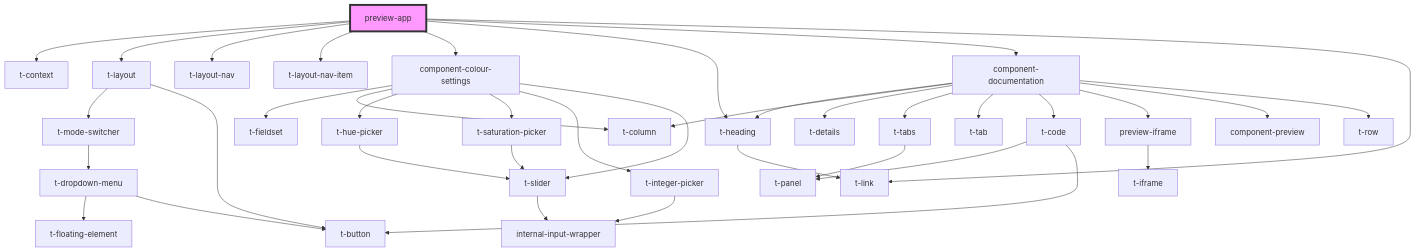
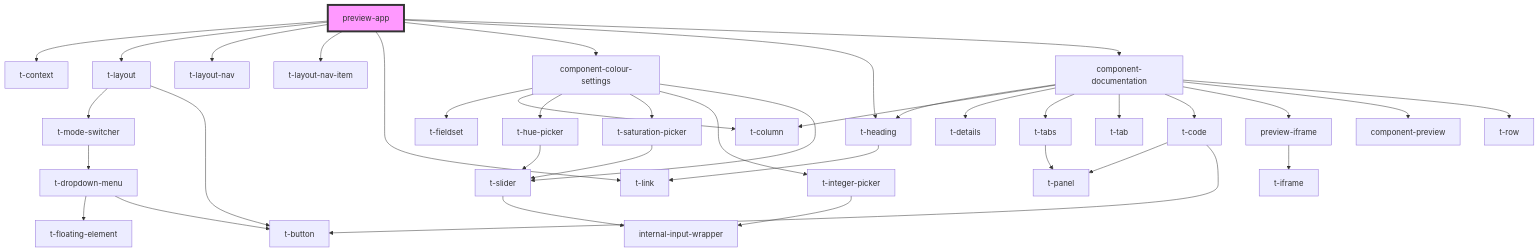
One commit to TomasEng/web-components changed the diagram in packages/t-web-components/src/preview-app/readme.md. Above: the diagram before and after it, drawn with Mermaid. The commit also changed other lines of this file and 16 other files, not shown here.

````diff
--- a/packages/t-web-components/src/preview-app/readme.md
+++ b/packages/t-web-components/src/preview-app/readme.md
@@ -22,41 +22,41 @@
 ```mermaid
 graph TD;
   preview-app --> t-context
   preview-app --> t-layout
   preview-app --> t-layout-nav
   preview-app --> t-layout-nav-item
+  preview-app --> t-link
   preview-app --> component-colour-settings
   preview-app --> t-heading
   preview-app --> component-documentation
-  preview-app --> t-link
   t-layout --> t-mode-switcher
   t-layout --> t-button
   t-mode-switcher --> t-dropdown-menu
   t-dropdown-menu --> t-floating-element
   t-dropdown-menu --> t-button
   component-colour-settings --> t-fieldset
   component-colour-settings --> t-column
   component-colour-settings --> t-hue-picker
   component-colour-settings --> t-saturation-picker
   component-colour-settings --> t-integer-picker
   component-colour-settings --> t-slider
   t-hue-picker --> t-slider
   t-slider --> internal-input-wrapper
   t-saturation-picker --> t-slider
   t-integer-picker --> internal-input-wrapper
   t-heading --> t-link
   component-documentation --> t-heading
   component-documentation --> t-column
   component-documentation --> t-details
   component-documentation --> t-tabs
   component-documentation --> t-tab
   component-documentation --> t-code
   component-documentation --> preview-iframe
   component-documentation --> component-preview
   component-documentation --> t-row
   t-tabs --> t-panel
   t-code --> t-panel
   t-code --> t-button
   preview-iframe --> t-iframe
   style preview-app fill:#f9f,stroke:#333,stroke-width:4px
 ```
````
